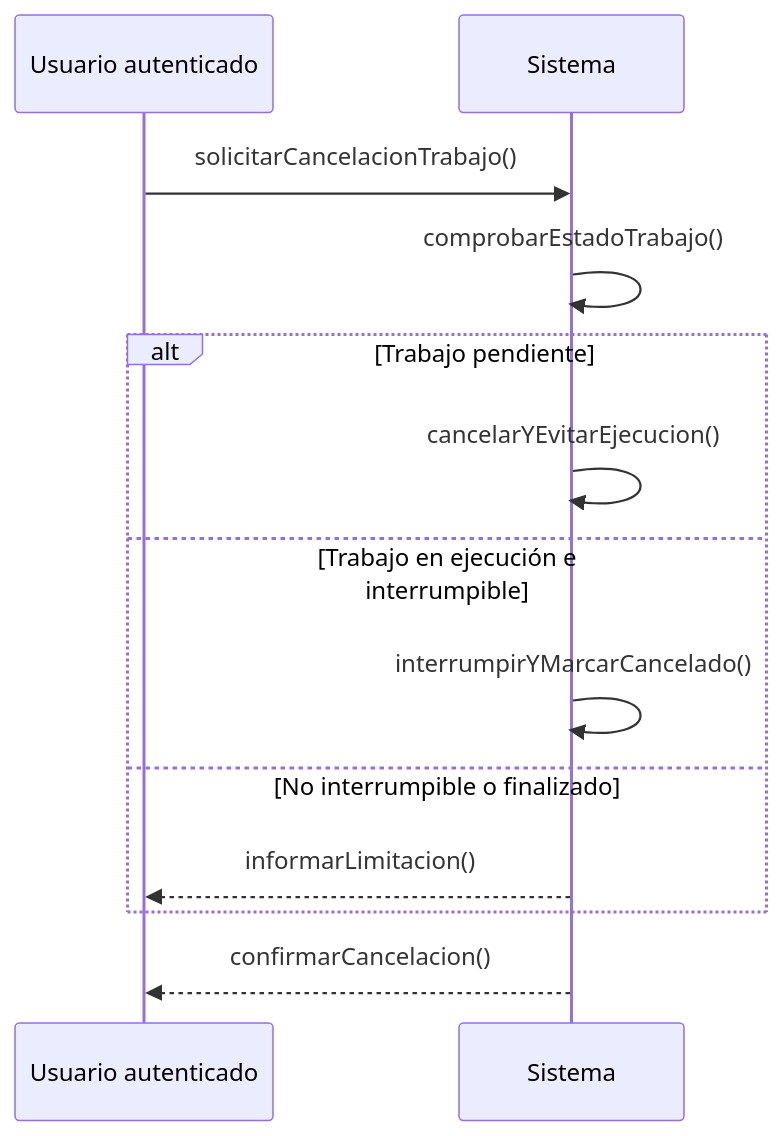
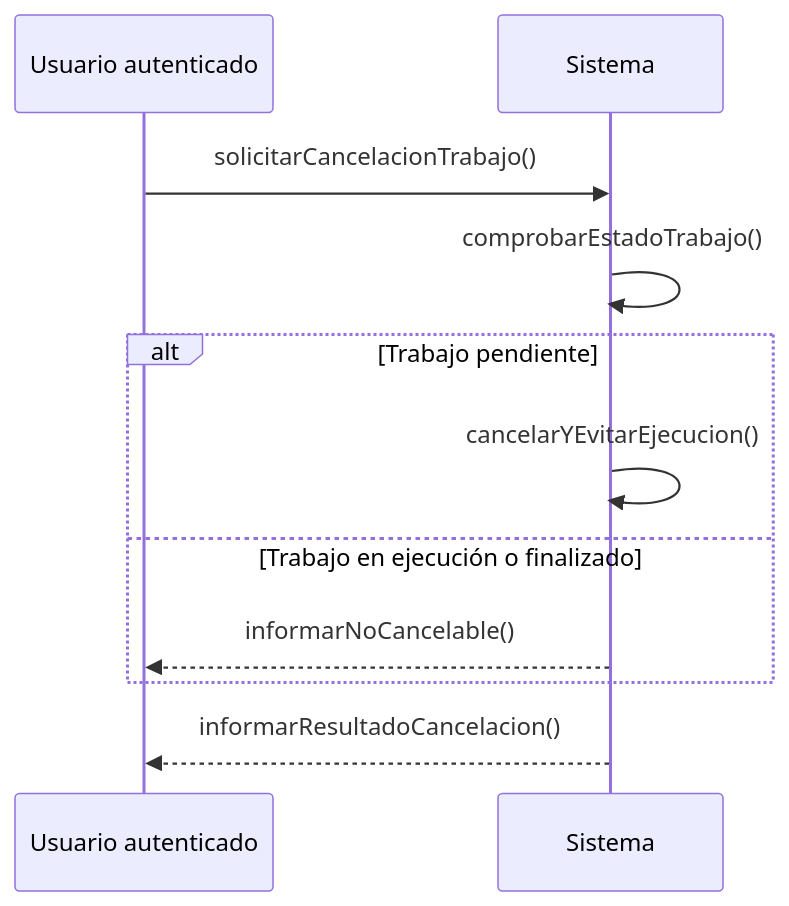
One commit to eLeCe2611/vitalXAI changed diagram 39 of 40 in Documentacion/Capitulo14_Modelo_de_Dominio_y_Entidades_del_Sistema.md. Above: the diagram before and after it, drawn with Mermaid. The commit also changed other lines of this file and 42 other files, not shown here.

````diff
--- a/Documentacion/Capitulo14_Modelo_de_Dominio_y_Entidades_del_Sistema.md
+++ b/Documentacion/Capitulo14_Modelo_de_Dominio_y_Entidades_del_Sistema.md
@@ -764,15 +794,13 @@
 ```mermaid
 sequenceDiagram
     participant U as Usuario autenticado
     participant S as Sistema
     U->>S: solicitarCancelacionTrabajo()
     S->>S: comprobarEstadoTrabajo()
     alt Trabajo pendiente
         S->>S: cancelarYEvitarEjecucion()
-    else Trabajo en ejecución e interrumpible
-        S->>S: interrumpirYMarcarCancelado()
-    else No interrumpible o finalizado
-        S-->>U: informarLimitacion()
+    else Trabajo en ejecución o finalizado
+        S-->>U: informarNoCancelable()
     end
-    S-->>U: confirmarCancelacion()
+    S-->>U: informarResultadoCancelacion()
 ```
````
